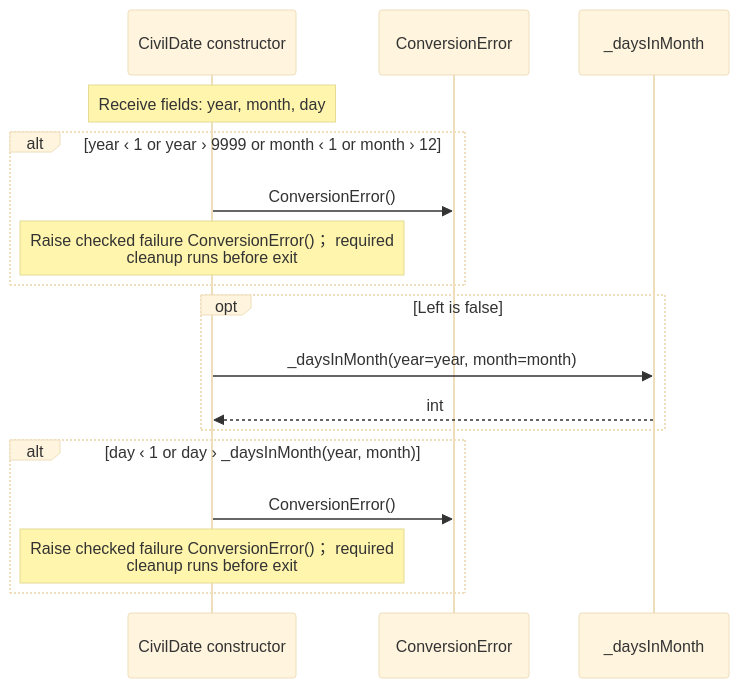
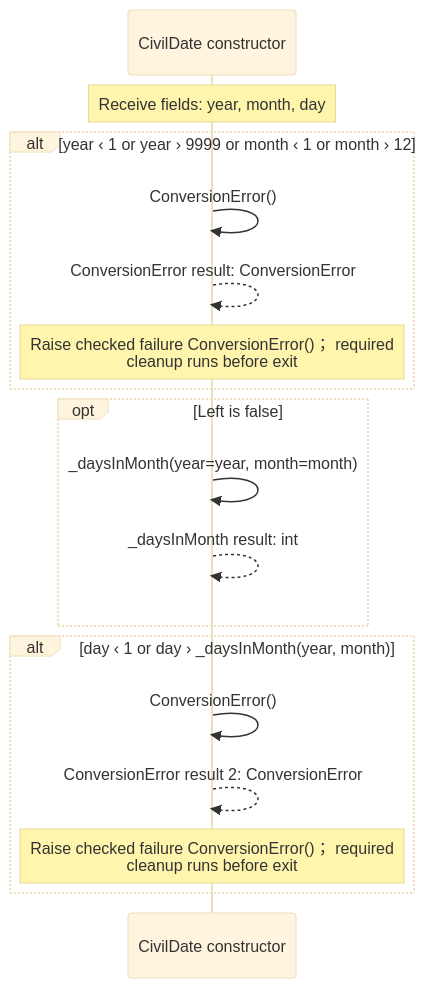
Before and after one commit to GreenPandaStudios/augscript: the second of 8 diagrams in src/stdlib/values/dates.aug.diagrams.md, drawn with Mermaid (base theme). The commit also changed other lines of this file and 304 other files, not shown here.

Commit message:
Make generated data-flow sequences concise and review every diagram

````diff
--- a/src/stdlib/values/dates.aug.diagrams.md
+++ b/src/stdlib/values/dates.aug.diagrams.md
@@ -45,19 +26,20 @@
 ```mermaid
 sequenceDiagram
     participant p0 as CivilDate constructor
-    participant p1 as ConversionError
-    participant p2 as _daysInMonth
+
     Note over p0: Receive fields: year, month, day
     alt year ‹ 1 or year › 9999 or month ‹ 1 or month › 12
-    p0->>p1: ConversionError()
+    p0->>p0: ConversionError()
+    p0-->>p0: ConversionError result: ConversionError
     Note over p0: Raise checked failure ConversionError()； required<br/>cleanup runs before exit
     end
     opt Left is false
-    p0->>p2: _daysInMonth(year=year, month=month)
-    p2-->>p0: int
+    p0->>p0: _daysInMonth(year=year, month=month)
+    p0-->>p0: _daysInMonth result: int
     end
     alt day ‹ 1 or day › _daysInMonth(year, month)
-    p0->>p1: ConversionError()
+    p0->>p0: ConversionError()
+    p0-->>p0: ConversionError result 2: ConversionError
     Note over p0: Raise checked failure ConversionError()； required<br/>cleanup runs before exit
     end
 ```
````
